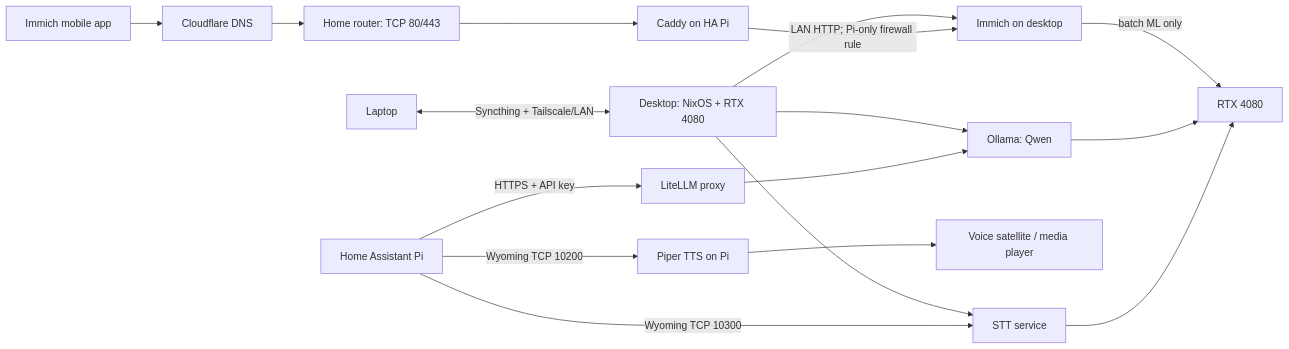
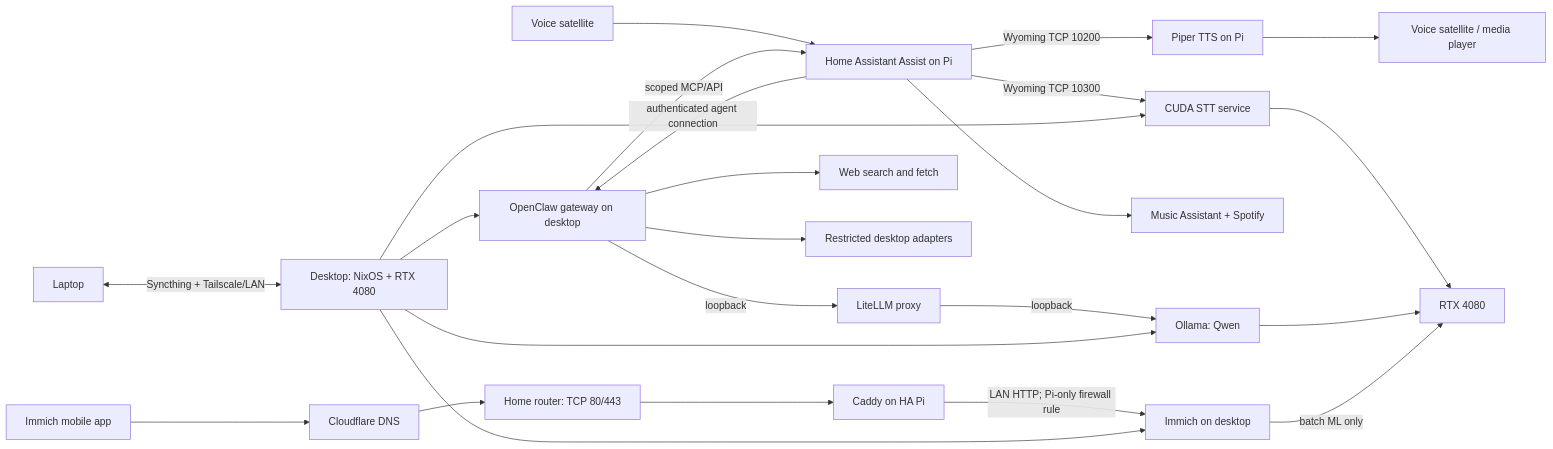
Before and after one commit to Dirivial/dotfiles: the diagram in docs/desktop-services-spec.md, drawn with Mermaid. The commit also changed other lines of this file and 1 other file, not shown here.

Commit message:
docs: plan personal agent integration

````diff
--- a/docs/desktop-services-spec.md
+++ b/docs/desktop-services-spec.md
@@ -32,22 +36,29 @@
 ```mermaid
 flowchart LR
   Laptop[Laptop] <-- Syncthing + Tailscale/LAN --> Desktop[Desktop: NixOS + RTX 4080]
 
-  HA[Home Assistant Pi] -->|Wyoming TCP 10300| STT[STT service]
-  HA -->|HTTPS + API key| LLM[LiteLLM proxy]
-  LLM --> Ollama[Ollama: Qwen]
+  Satellite[Voice satellite] --> HA[Home Assistant Assist on Pi]
+  HA -->|Wyoming TCP 10300| STT[CUDA STT service]
+  HA -->|authenticated agent connection| Agent[OpenClaw gateway on desktop]
+  Agent -->|loopback| LLM[LiteLLM proxy]
+  LLM -->|loopback| Ollama[Ollama: Qwen]
+  Agent -->|scoped MCP/API| HA
+  Agent --> Web[Web search and fetch]
+  Agent --> DesktopTools[Restricted desktop adapters]
+  HA --> Music[Music Assistant + Spotify]
   HA -->|Wyoming TCP 10200| TTS[Piper TTS on Pi]
   TTS --> Speakers[Voice satellite / media player]
 
   Phone[Immich mobile app] --> DNS[Cloudflare DNS]
   DNS --> Router[Home router: TCP 80/443]
   Router --> Caddy[Caddy on HA Pi]
   Caddy -->|LAN HTTP; Pi-only firewall rule| Immich[Immich on desktop]
 
   Desktop --> STT
+  Desktop --> Agent
   Desktop --> Ollama
   Desktop --> Immich
   STT --> GPU[RTX 4080]
   Ollama --> GPU
   Immich -->|batch ML only| GPU
 ```
````
